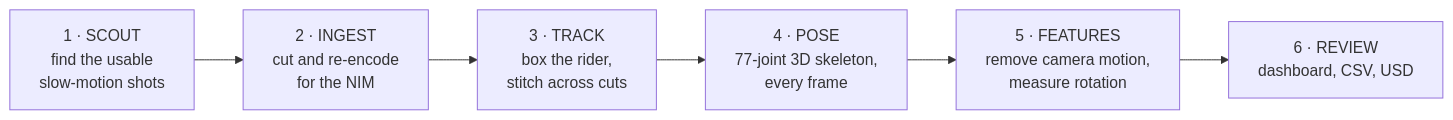
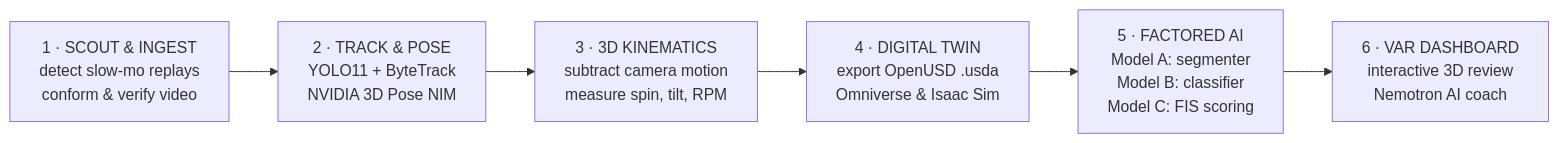
One commit to chostudio/snow changed the first of 2 diagrams in README.md. Above: the diagram before and after it, drawn with Mermaid. The commit also changed other lines of this file and 17 other files, not shown here.

Commit message:
docs(readme): update README with 34s walkthrough video, 77-joint skeleton showcase, and factored AI models

````diff
--- a/README.md
+++ b/README.md
@@ -17,11 +64,11 @@
 ```mermaid
 flowchart LR
-    S1["1 · SCOUT<br/>find the usable<br/>slow-motion shots"]
-    S2["2 · INGEST<br/>cut and re-encode<br/>for the NIM"]
-    S3["3 · TRACK<br/>box the rider,<br/>stitch across cuts"]
-    S4["4 · POSE<br/>77-joint 3D skeleton,<br/>every frame"]
-    S5["5 · FEATURES<br/>remove camera motion,<br/>measure rotation"]
-    S6["6 · REVIEW<br/>dashboard, CSV, USD"]
+    S1["1 · SCOUT & INGEST<br/>detect slow-mo replays<br/>conform & verify video"]
+    S2["2 · TRACK & POSE<br/>YOLO11 + ByteTrack<br/>NVIDIA 3D Pose NIM"]
+    S3["3 · 3D KINEMATICS<br/>subtract camera motion<br/>measure spin, tilt, RPM"]
+    S4["4 · DIGITAL TWIN<br/>export OpenUSD .usda<br/>Omniverse & Isaac Sim"]
+    S5["5 · FACTORED AI<br/>Model A: segmenter<br/>Model B: classifier<br/>Model C: FIS scoring"]
+    S6["6 · VAR DASHBOARD<br/>interactive 3D review<br/>Nemotron AI coach"]
 
     S1 --> S2 --> S3 --> S4 --> S5 --> S6
 ```
````
